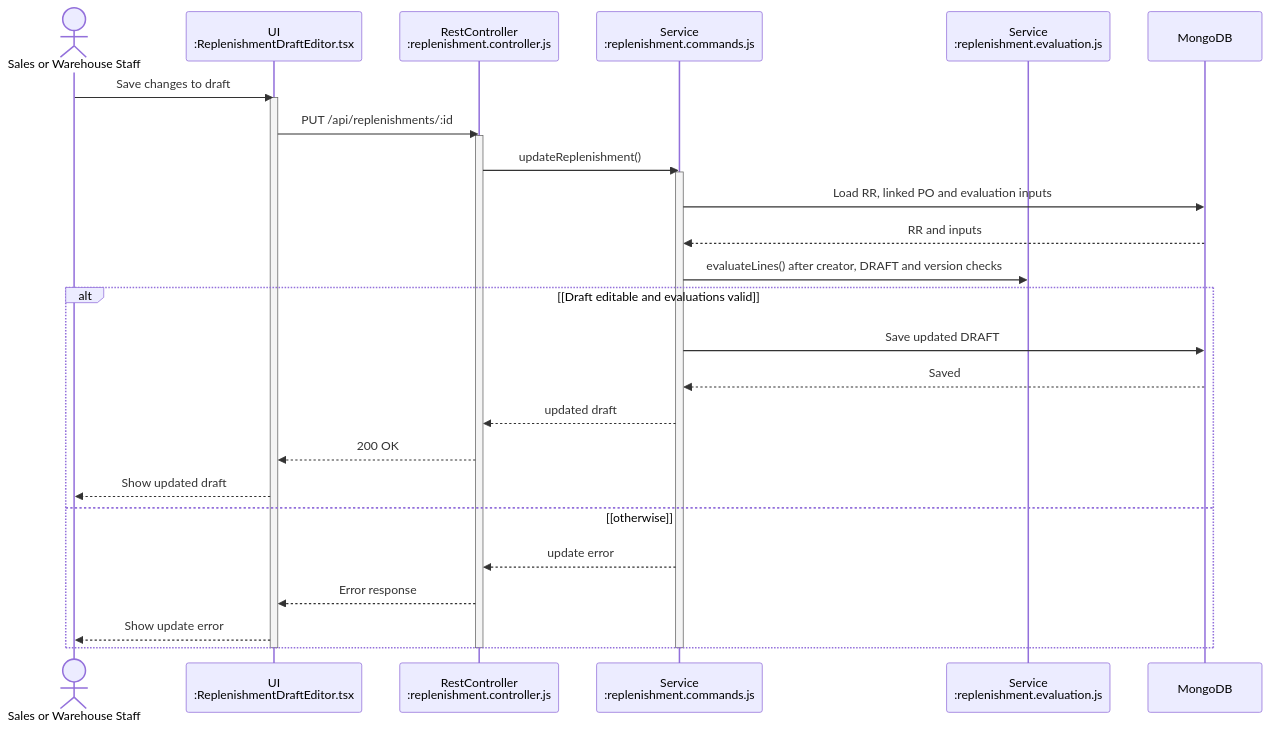
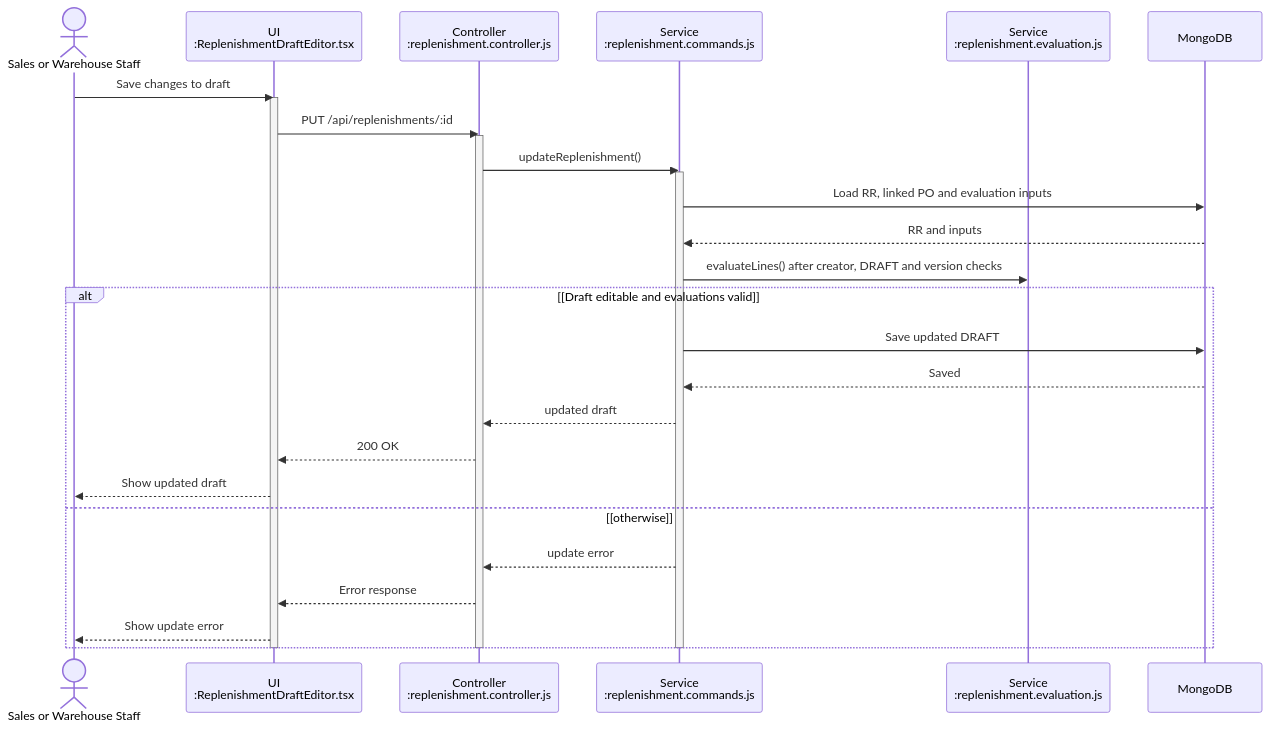
One commit to bupbalabup/wmsd_be changed the sixth of 46 diagrams in git_doc/docs/01_bao_cao/WMSD_Report4_Draft.md. Above: the diagram before and after it, drawn with Mermaid. The commit also changed other lines of this file and 6 other files, not shown here.

First line of the commit message:
feat: update WMSD_BF01_Diagrams_Review to reflect 26 diagrams and enhance clarity on Purchase Receipt processes

````diff
--- a/git_doc/docs/01_bao_cao/WMSD_Report4_Draft.md
+++ b/git_doc/docs/01_bao_cao/WMSD_Report4_Draft.md
@@ -622,32 +622,32 @@
 ```mermaid
 sequenceDiagram
   actor X as Sales or Warehouse Staff
   participant U as UI<br/>:ReplenishmentDraftEditor.tsx
-  participant A as RestController<br/>:replenishment.controller.js
+  participant A as Controller<br/>:replenishment.controller.js
   participant S as Service<br/>:replenishment.commands.js
   participant T as Service<br/>:replenishment.evaluation.js
   participant D as MongoDB
   X->>U: Save changes to draft
   activate U
   U->>A: PUT /api/replenishments/:id
   activate A
   A->>S: updateReplenishment()
   activate S
   S->>D: Load RR, linked PO and evaluation inputs
   D-->>S: RR and inputs
   S->>T: evaluateLines() after creator, DRAFT and version checks
   alt [Draft editable and evaluations valid]
     S->>D: Save updated DRAFT
     D-->>S: Saved
     S-->>A: updated draft
     A-->>U: 200 OK
     U-->>X: Show updated draft
   else [otherwise]
     S-->>A: update error
     A-->>U: Error response
     U-->>X: Show update error
   end
   deactivate S
   deactivate A
   deactivate U
 ```
````
